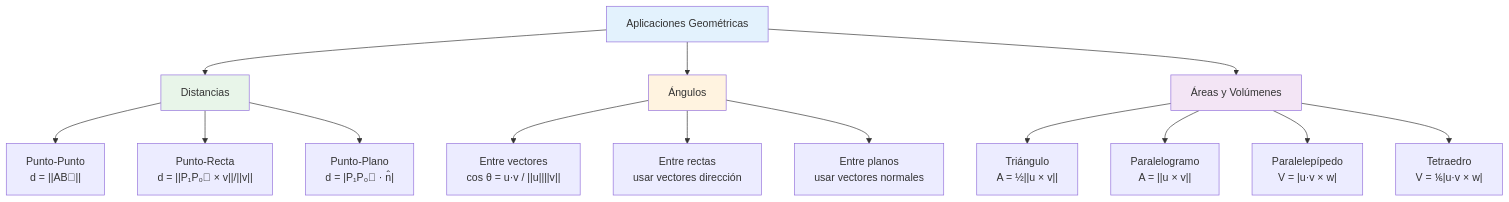
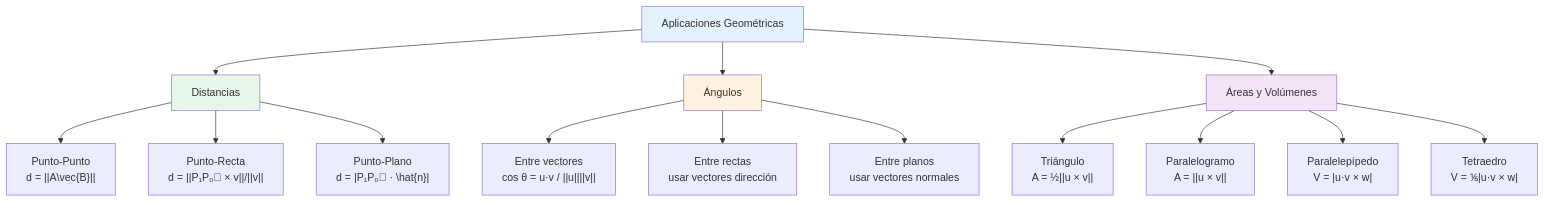
One commit to Fsteven22/Notas-de-Universidad-Freddy-Sanchez- changed the diagram in Universidad/2do Semestre/Cálculo Vectorial/Unidad 1 - Geometría Analítica en ℝ³/II – Producto Punto, Producto Cruz y Aplicaciones Geométricas/03 – Aplicaciones geométricas básicas.md. Above: the diagram before and after it, drawn with Mermaid. The commit also changed other lines of this file and 1424 other files, not shown here.

````diff
--- a/Universidad/2do Semestre/Cálculo Vectorial/Unidad 1 - Geometría Analítica en ℝ³/II – Producto Punto, Producto Cruz y Aplicaciones Geométricas/03 – Aplicaciones geométricas básicas.md
+++ b/Universidad/2do Semestre/Cálculo Vectorial/Unidad 1 - Geometría Analítica en ℝ³/II – Producto Punto, Producto Cruz y Aplicaciones Geométricas/03 – Aplicaciones geométricas básicas.md
@@ -800,24 +804,24 @@
 ```mermaid
 graph TD
     A[Aplicaciones Geométricas] --> B[Distancias]
     A --> C[Ángulos]
     A --> D[Áreas y Volúmenes]
     
-    B --> B1["Punto-Punto<br/>d = ||AB⃗||"]
+    B --> B1["Punto-Punto<br/>d = ||A\vec{B}||"]
     B --> B2["Punto-Recta<br/>d = ||P₁P₀⃗ × v||/||v||"]
-    B --> B3["Punto-Plano<br/>d = |P₁P₀⃗ · n̂|"]
+    B --> B3["Punto-Plano<br/>d = |P₁P₀⃗ · \hat{n}|"]
     
     C --> C1["Entre vectores<br/>cos θ = u·v / ||u||||v||"]
     C --> C2[Entre rectas<br/>usar vectores dirección]
     C --> C3[Entre planos<br/>usar vectores normales]
     
     D --> D1["Triángulo<br/>A = ½||u × v||"]
     D --> D2["Paralelogramo<br/>A = ||u × v||"]
     D --> D3["Paralelepípedo<br/>V = |u·v × w|"]
     D --> D4["Tetraedro<br/>V = ⅙|u·v × w|"]
     
     style A fill:#e3f2fd
     style B fill:#e8f5e9
     style C fill:#fff3e0
     style D fill:#f3e5f5
 ```
````
